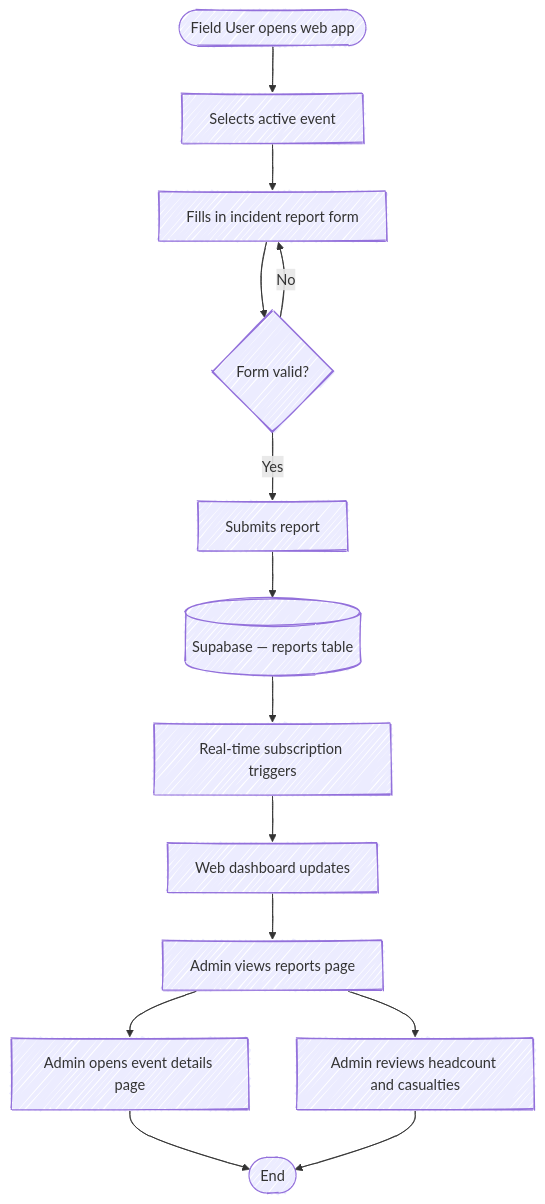
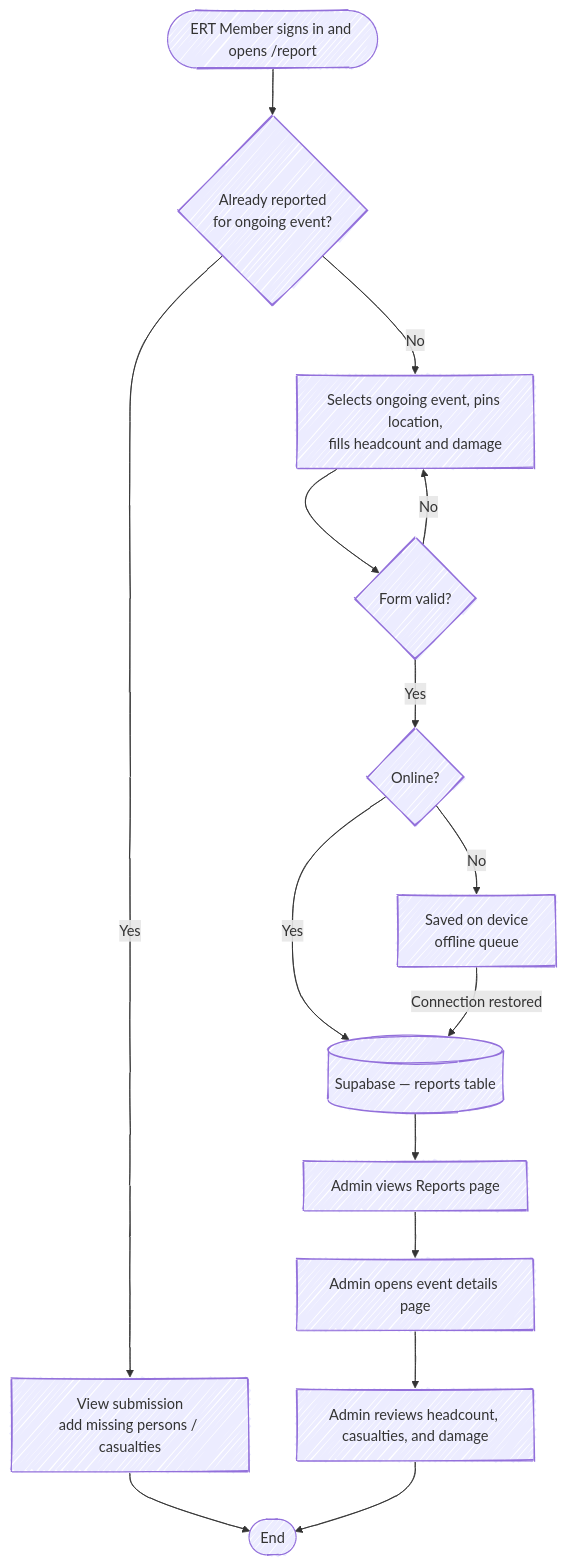
One commit to bruhhhyannnn/drrmh-irs changed the third of 21 diagrams in README.md. Above: the diagram before and after it, drawn with Mermaid. The commit also changed other lines of this file, not shown here.

````diff
--- a/README.md
+++ b/README.md
@@ -217,22 +241,23 @@
 ```mermaid
 ---
 config:
   layout: dagre
   look: handDrawn
   theme: default
 ---
 flowchart TD
-  A([Field User opens web app]) --> B[Selects active event]
-  B --> C[Fills in incident report form]
+  A([ERT Member signs in and opens /report]) --> B{Already reported<br/>for ongoing event?}
+  B -- Yes --> V[View submission<br/>add missing persons / casualties]
+  V --> M([End])
+  B -- No --> C[Selects ongoing event, pins location,<br/>fills headcount and damage]
   C --> D{Form valid?}
   D -- No --> C
-  D -- Yes --> E[Submits report]
-  E --> F[(Supabase — reports table)]
-  F --> G[Real-time subscription triggers]
-  G --> H[Web dashboard updates]
-  H --> I[Admin views reports page]
+  D -- Yes --> E{Online?}
+  E -- Yes --> F[(Supabase — reports table)]
+  E -- No --> Q[Saved on device<br/>offline queue]
+  Q -->|Connection restored| F
+  F --> I[Admin views Reports page]
   I --> K[Admin opens event details page]
-  I --> L[Admin reviews headcount and casualties]
-  K --> M([End])
+  K --> L[Admin reviews headcount, casualties, and damage]
   L --> M
 ```
````
